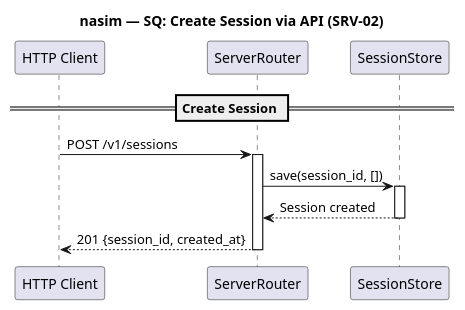
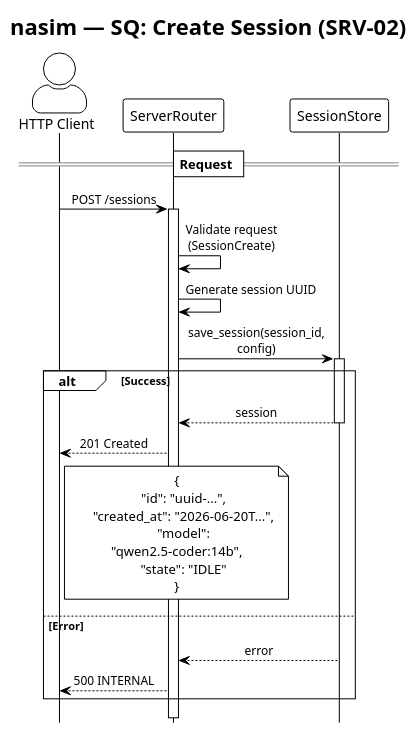
Before and after one commit to salimnamvar/nasim: the diagram in docs/SQ/SRV/sq_srv02_create_session.puml, drawn with PlantUML. The commit also changed 12 other files, not shown here.

First line of the commit message:
docs: Refactor server architecture and documentation for ROD compliance

```diff
--- a/docs/SQ/SRV/sq_srv02_create_session.puml
+++ b/docs/SQ/SRV/sq_srv02_create_session.puml
@@ -1,30 +1,54 @@
 @startuml sq_srv02_create_session
+!include https://raw.githubusercontent.com/plantuml-stdlib/C4-PlantUML/v2.10.0/C4_Sequence.puml
+!theme plain
+
 ' ============================================================
-' Title:     nasim — SQ: Create Session (API)
-' Boundary:  nasim code agent CLI + HTTP API
-' Purpose:   Create a new session via HTTP API
+' Title:     nasim — SQ: Create Session
+' UC:        SRV-02
+' Purpose:   ROD-compliant Create operation for sessions
 ' Milestone: v1.0
-' Version:   3.0.0
-' Source:    docs/audit/nasim-car-improvement-plan.md CAR-11
+' Version:   1.0.0
+' Source:    docs/audit/audit.2026.06.20.car-framework-csr-rod.md
 ' Review:    —
 ' ============================================================
 
-title nasim — SQ: Create Session via API (SRV-02)
+title nasim — SQ: Create Session (SRV-02)
 
-participant "HTTP Client" as client
+actor "HTTP Client" as client
 participant "ServerRouter" as router
 participant "SessionStore" as store
 
-== Create Session ==
+== Request ==
 
-client -> router : POST /v1/sessions
+client -> router : POST /sessions
 activate router
-router -> store : save(session_id, [])
+
+router -> router : Validate request (SessionCreate)
+router -> router : Generate session UUID
+
+router -> store : save_session(session_id, config)
 activate store
-store --> router : Session created
-deactivate store
 
-router --> client : 201 {session_id, created_at}
+alt Success
+    store --> router : session
+    deactivate store
+    
+    router --> client : 201 Created
+    note right of client
+        {
+            "id": "uuid-...",
+            "created_at": "2026-06-20T...",
+            "model": "qwen2.5-coder:14b",
+            "state": "IDLE"
+        }
+    end note
+else Error
+    store --> router : error
+    deactivate store
+    
+    router --> client : 500 INTERNAL
+end
+
 deactivate router
 
 @enduml
```
